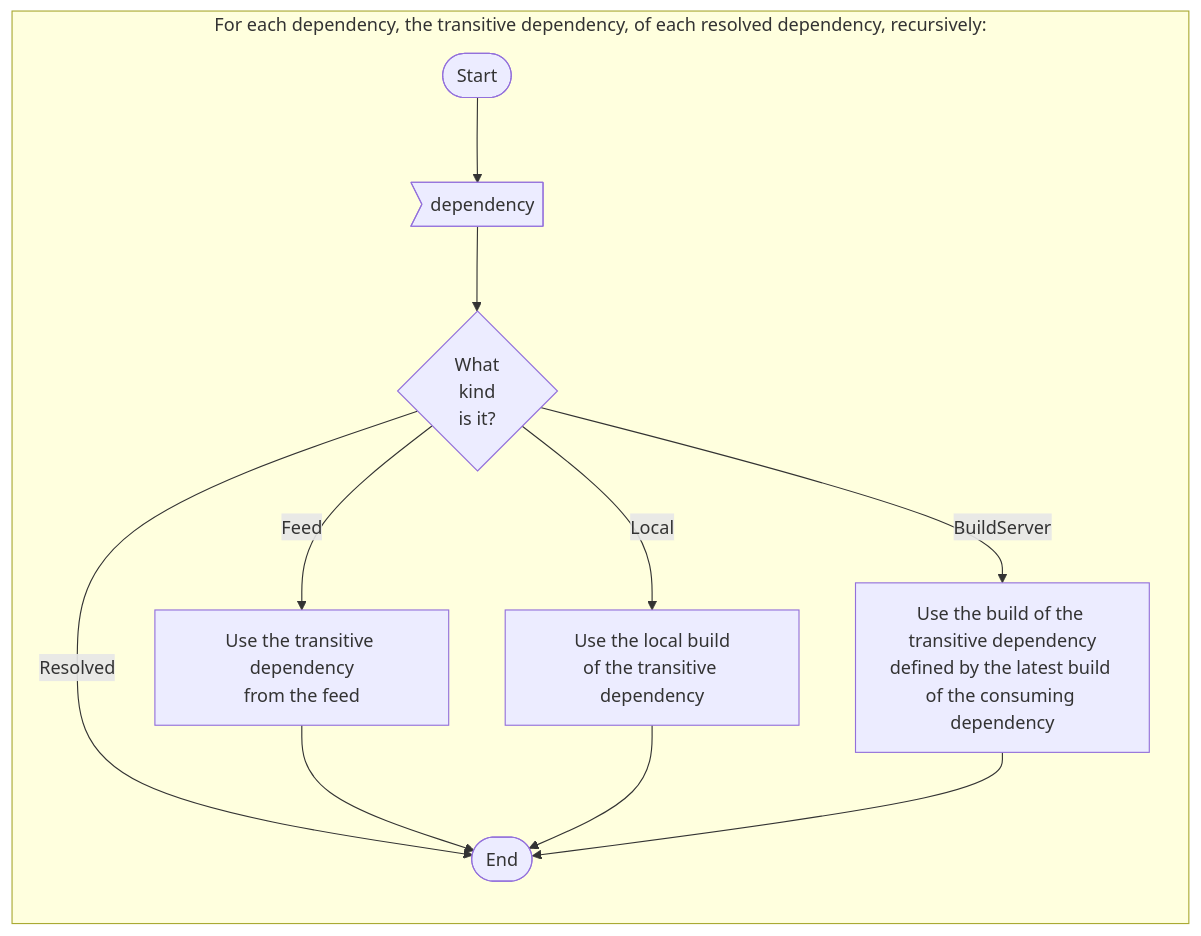
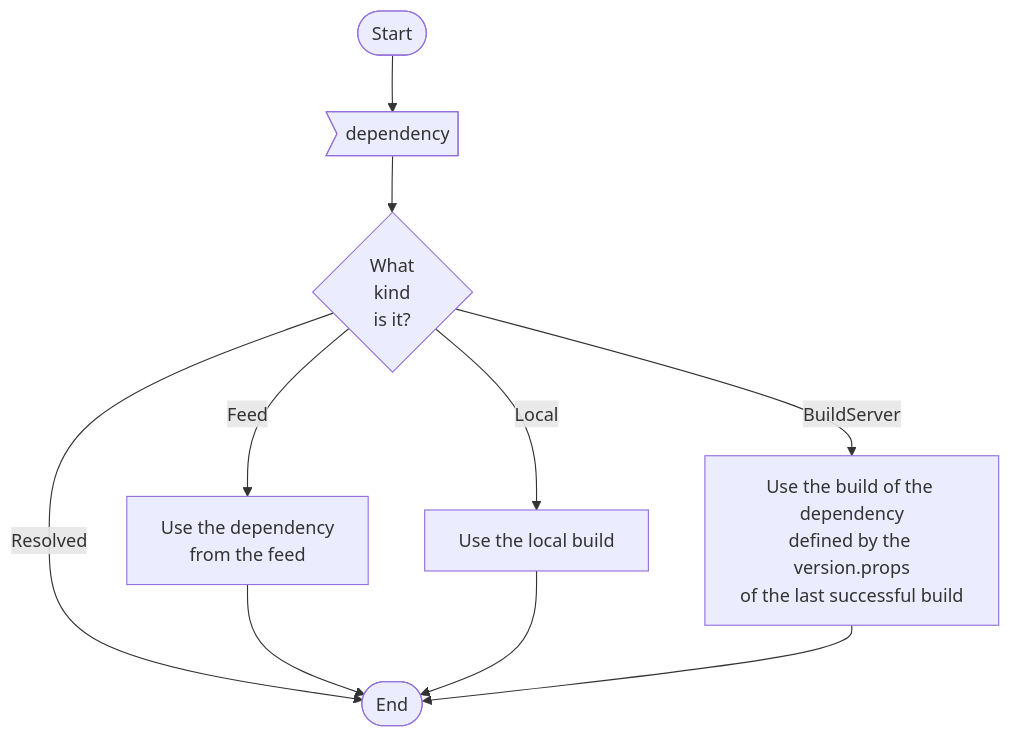
Before and after one commit to postsharp/PostSharp.Engineering: the third of 3 diagrams in doc/build-flow.md, drawn with Mermaid. The commit also changed other lines of this file, not shown here.

Commit message:
#29947 Build flow cleaned up.

````diff
--- a/doc/build-flow.md
+++ b/doc/build-flow.md
@@ -36,23 +37,21 @@
 ```mermaid
-flowchart LR
-
-    subgraph for_each_dependency[For each dependency, the transitive dependency, of each resolved dependency, recursively:]
+flowchart TB
 
         start([Start])
 
         start --> dependency>dependency]
 
         dependency --> switch_dependency_kind{What<br>kind<br>is it?}
 
-switch_dependency_kind --> |Resolved| END
-        switch_dependency_kind --> |Feed| use_feed[Use the transitive dependency<br>from the feed]
-        switch_dependency_kind --> |Local| use_local[Use the local build<br>of the transitive dependency]
-        switch_dependency_kind --> |BuildServer| use_proven_dependency[Use the build of the transitive dependency<br>defined by the latest build of the consuming dependency]
+        switch_dependency_kind --> |Resolved| END
+        switch_dependency_kind --> |Feed| use_feed[Use the dependency<br>from the feed]
+        switch_dependency_kind --> |Local| use_local[Use the local build]
+        switch_dependency_kind --> |BuildServer| use_proven_dependency[Use the build of the dependency<br>defined by the version.props<br>of the last successful build]
 
         END([End])
 
         use_feed --> END
         use_local --> END
         use_proven_dependency --> END
-    end
+
 ```
````
